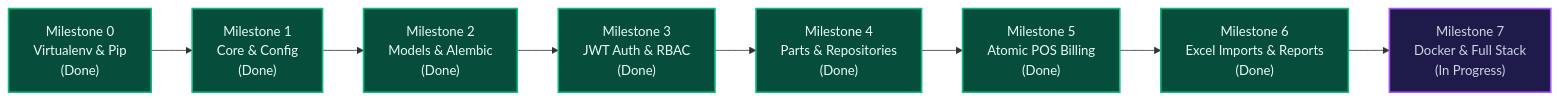
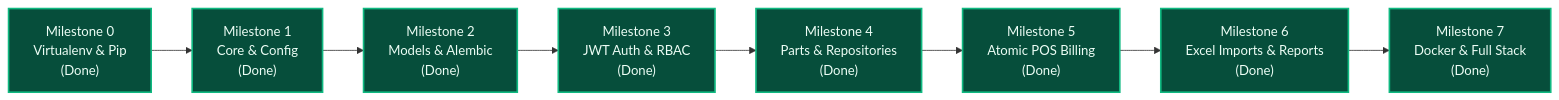
One commit to biswajit-rout/PartShop changed the diagram in docs/development-milestones.md. Above: the diagram before and after it, drawn with Mermaid. The commit also changed other lines of this file and 50 other files, not shown here.

````diff
--- a/docs/development-milestones.md
+++ b/docs/development-milestones.md
@@ -18,17 +18,16 @@
 ```mermaid
 flowchart LR
     M0["Milestone 0<br/>Virtualenv & Pip<br/>(Done)"] --> M1["Milestone 1<br/>Core & Config<br/>(Done)"]
     M1 --> M2["Milestone 2<br/>Models & Alembic<br/>(Done)"]
     M2 --> M3["Milestone 3<br/>JWT Auth & RBAC<br/>(Done)"]
     M3 --> M4["Milestone 4<br/>Parts & Repositories<br/>(Done)"]
     M4 --> M5["Milestone 5<br/>Atomic POS Billing<br/>(Done)"]
     M5 --> M6["Milestone 6<br/>Excel Imports & Reports<br/>(Done)"]
-    M6 --> M7["Milestone 7<br/>Docker & Full Stack<br/>(In Progress)"]
+    M6 --> M7["Milestone 7<br/>Docker & Full Stack<br/>(Done)"]
 
     classDef done fill:#064e3b,stroke:#10b981,stroke-width:2px,color:#ecfdf5;
     classDef current fill:#1e1b4b,stroke:#a855f7,stroke-width:2px,color:#cbd5e1;
     classDef pending fill:#0f172a,stroke:#64748b,stroke-width:1px,color:#94a3b8;
 
-    class M0,M1,M2,M3,M4,M5,M6 done;
-    class M7 current;
+    class M0,M1,M2,M3,M4,M5,M6,M7 done;
 ```
````
